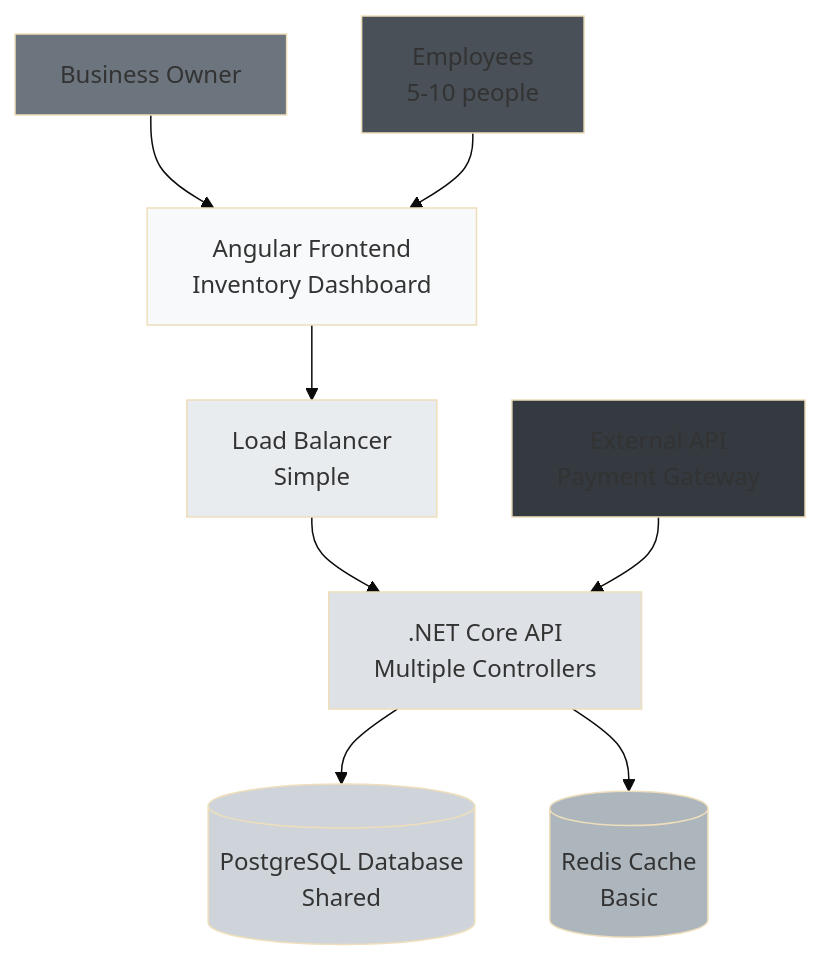
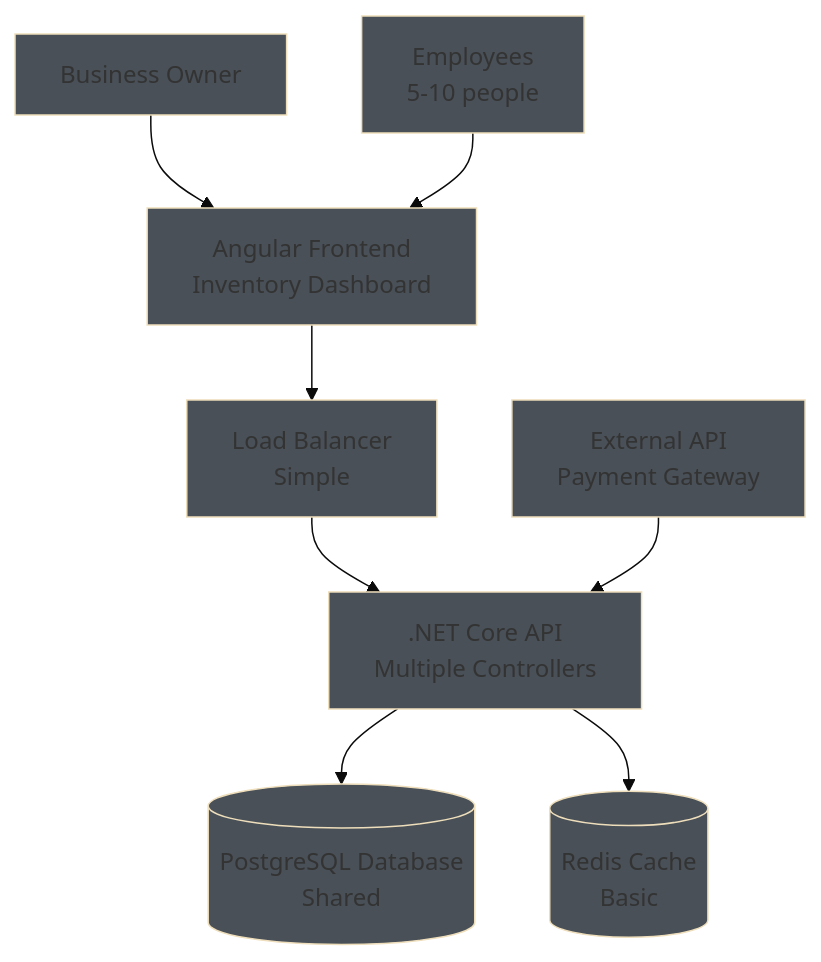
One commit to nayanvithanage/code_20-architecture-practice changed the second of 5 diagrams in architecture-by-size-examples.md. Above: the diagram before and after it, drawn with Mermaid (base theme).

Commit message:
refactor: unify color styles in architecture-by-size examples for consistency

````diff
--- a/architecture-by-size-examples.md
+++ b/architecture-by-size-examples.md
@@ -34,21 +34,21 @@
 ```mermaid
 graph TD
     A[Angular Frontend<br/>Inventory Dashboard] --> B[Load Balancer<br/>Simple]
     B --> C[.NET Core API<br/>Multiple Controllers]
     C --> D[(PostgreSQL Database<br/>Shared)]
     C --> E[(Redis Cache<br/>Basic)]
     
     F[Business Owner] --> A
     G[Employees<br/>5-10 people] --> A
     
     H[External API<br/>Payment Gateway] --> C
     
-    style A fill:#f8f9fa
-    style B fill:#e9ecef
-    style C fill:#dee2e6
-    style D fill:#ced4da
-    style E fill:#adb5bd
-    style F fill:#6c757d
+    style A fill:#495057
+    style B fill:#495057
+    style C fill:#495057
+    style D fill:#495057
+    style E fill:#495057
+    style F fill:#495057
     style G fill:#495057
-    style H fill:#343a40
+    style H fill:#495057
 ```
````
